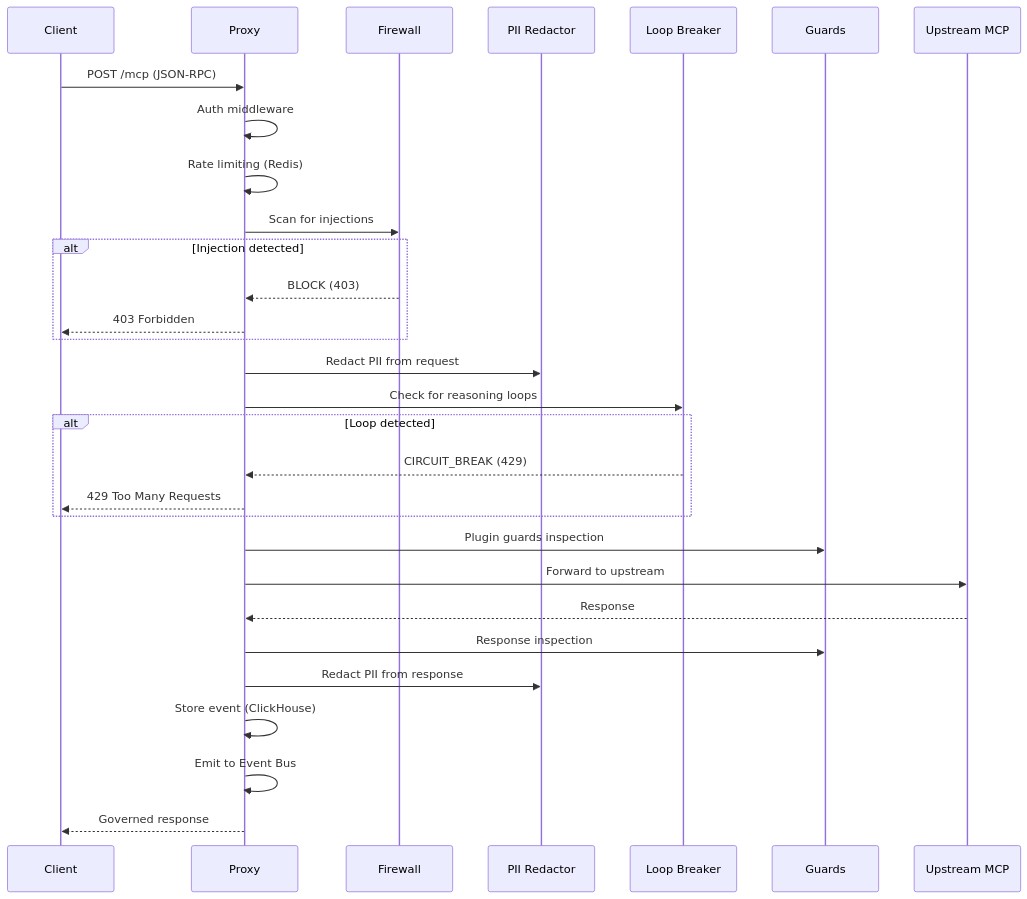
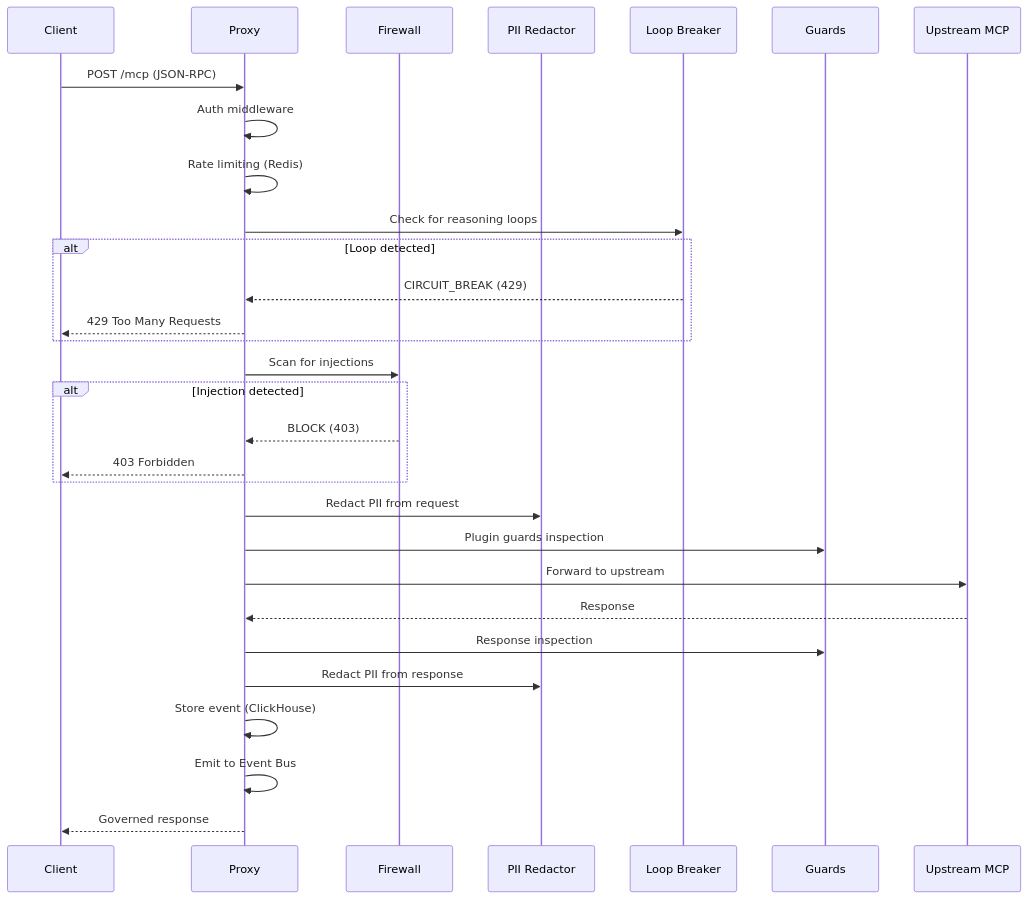
The third of 4 diagrams in docs/guides/architecture.md (admina-org/admina), drawn with Mermaid before and after one commit. The commit also changed other lines of this file and 4 other files, not shown here.

````diff
--- a/docs/guides/architecture.md
+++ b/docs/guides/architecture.md
@@ -121,33 +121,33 @@
 ```mermaid
 sequenceDiagram
     participant C as Client
     participant P as Proxy
     participant FW as Firewall
     participant PII as PII Redactor
     participant LB as Loop Breaker
     participant G as Guards
     participant U as Upstream MCP
 
     C->>P: POST /mcp (JSON-RPC)
     P->>P: Auth middleware
     P->>P: Rate limiting (Redis)
+    P->>LB: Check for reasoning loops
+    alt Loop detected
+        LB-->>P: CIRCUIT_BREAK (429)
+        P-->>C: 429 Too Many Requests
+    end
     P->>FW: Scan for injections
     alt Injection detected
         FW-->>P: BLOCK (403)
         P-->>C: 403 Forbidden
     end
     P->>PII: Redact PII from request
-    P->>LB: Check for reasoning loops
-    alt Loop detected
-        LB-->>P: CIRCUIT_BREAK (429)
-        P-->>C: 429 Too Many Requests
-    end
     P->>G: Plugin guards inspection
     P->>U: Forward to upstream
     U-->>P: Response
     P->>G: Response inspection
     P->>PII: Redact PII from response
     P->>P: Store event (ClickHouse)
     P->>P: Emit to Event Bus
     P-->>C: Governed response
 ```
````
